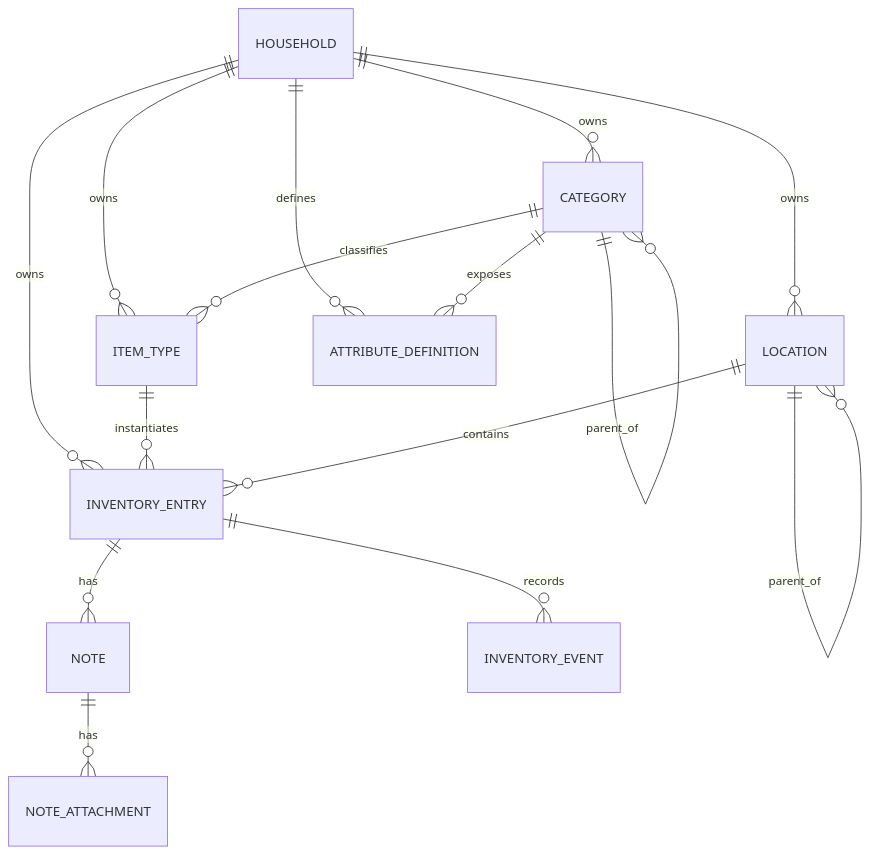
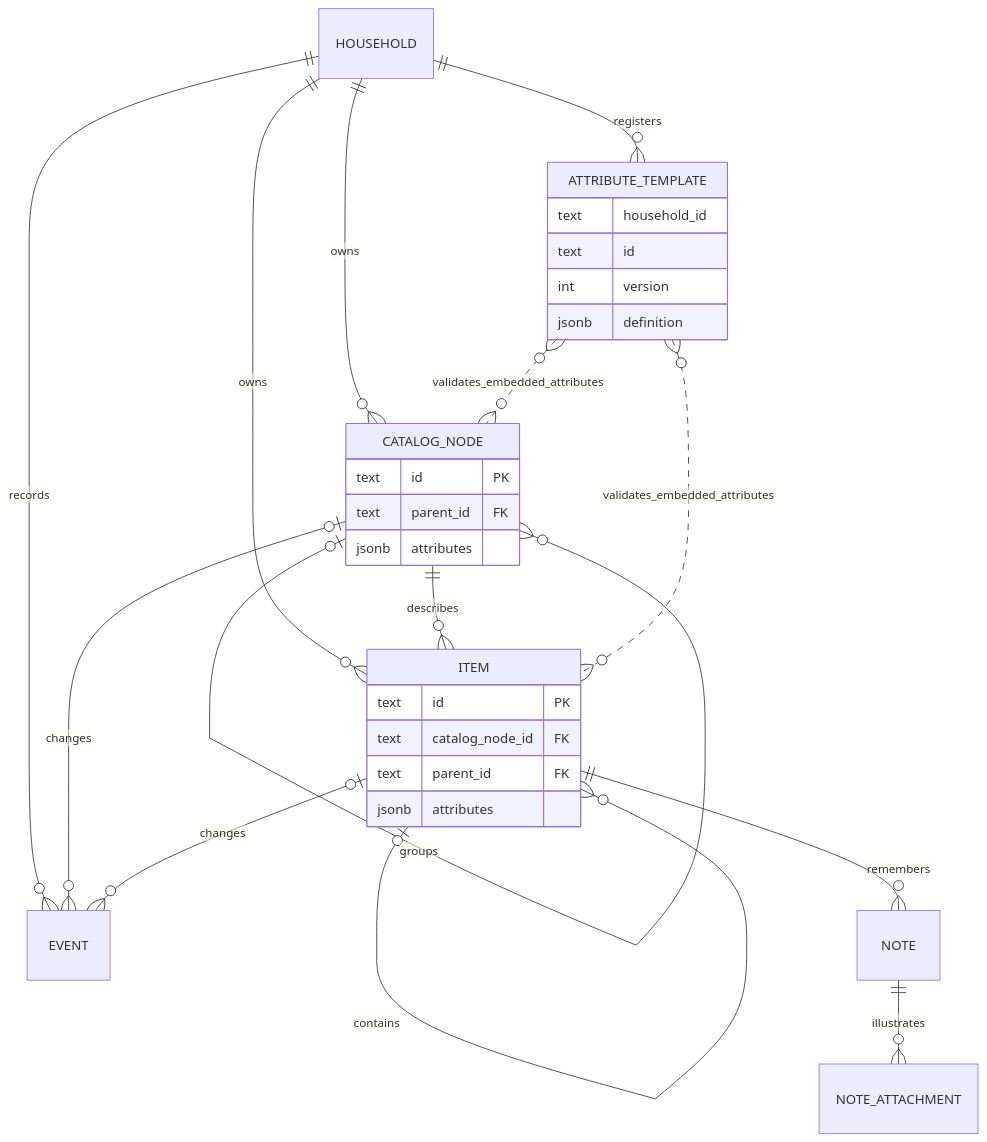
The first of 2 diagrams in docs/domain-model.md (TANG617/Acornary), drawn with Mermaid before and after one commit. The commit also changed other lines of this file and 58 other files, not shown here.

Commit message:
feat: implement local Stage1 inventory with embedded attributes

````diff
--- a/docs/domain-model.md
+++ b/docs/domain-model.md
@@ -61,21 +22,33 @@
 ```mermaid
 erDiagram
-    HOUSEHOLD ||--o{ CATEGORY : owns
-    HOUSEHOLD ||--o{ LOCATION : owns
-    HOUSEHOLD ||--o{ ITEM_TYPE : owns
-    HOUSEHOLD ||--o{ INVENTORY_ENTRY : owns
-    HOUSEHOLD ||--o{ ATTRIBUTE_DEFINITION : defines
-
-    CATEGORY ||--o{ CATEGORY : parent_of
-    CATEGORY ||--o{ ITEM_TYPE : classifies
-    CATEGORY ||--o{ ATTRIBUTE_DEFINITION : exposes
-
-    ITEM_TYPE ||--o{ INVENTORY_ENTRY : instantiates
-
-    LOCATION ||--o{ LOCATION : parent_of
-    LOCATION ||--o{ INVENTORY_ENTRY : contains
-
-    INVENTORY_ENTRY ||--o{ NOTE : has
-    NOTE ||--o{ NOTE_ATTACHMENT : has
-    INVENTORY_ENTRY ||--o{ INVENTORY_EVENT : records
+    HOUSEHOLD ||--o{ CATALOG_NODE : owns
+    HOUSEHOLD ||--o{ ITEM : owns
+    HOUSEHOLD ||--o{ ATTRIBUTE_TEMPLATE : registers
+    HOUSEHOLD ||--o{ EVENT : records
+    CATALOG_NODE o|--o{ CATALOG_NODE : groups
+    CATALOG_NODE ||--o{ ITEM : describes
+    ITEM o|--o{ ITEM : contains
+    CATALOG_NODE {
+        text id PK
+        text parent_id FK
+        jsonb attributes
+    }
+    ITEM {
+        text id PK
+        text catalog_node_id FK
+        text parent_id FK
+        jsonb attributes
+    }
+    ATTRIBUTE_TEMPLATE {
+        text household_id
+        text id
+        int version
+        jsonb definition
+    }
+    ATTRIBUTE_TEMPLATE }o..o{ CATALOG_NODE : validates_embedded_attributes
+    ATTRIBUTE_TEMPLATE }o..o{ ITEM : validates_embedded_attributes
+    CATALOG_NODE o|--o{ EVENT : changes
+    ITEM o|--o{ EVENT : changes
+    ITEM ||--o{ NOTE : remembers
+    NOTE ||--o{ NOTE_ATTACHMENT : illustrates
 ```
````
